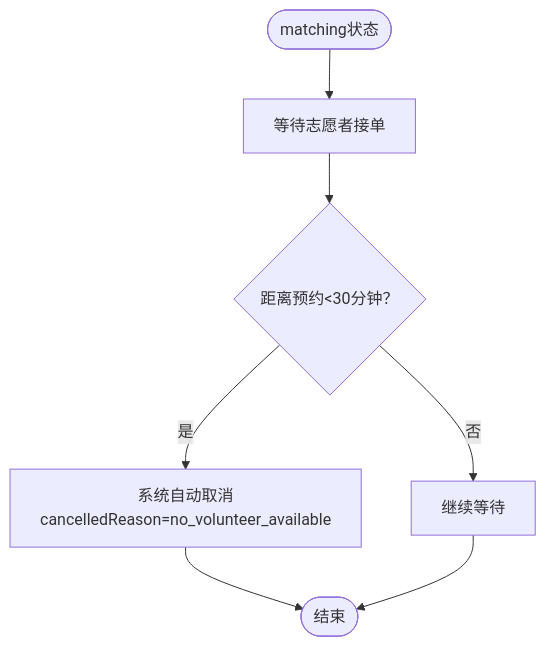
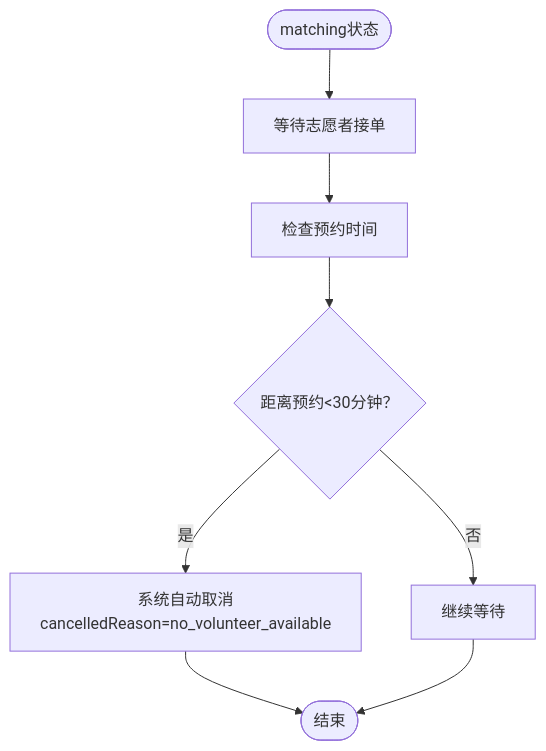
Before and after one commit to Jayden23018/blind-run-ios: the eighth of 11 diagrams in .qoder/repowiki/zh/content/核心功能模块/志愿者功能/接单服务流程.md, drawn with Mermaid. The commit also changed other lines of this file and 15 other files, not shown here.

````diff
--- a/.qoder/repowiki/zh/content/核心功能模块/志愿者功能/接单服务流程.md
+++ b/.qoder/repowiki/zh/content/核心功能模块/志愿者功能/接单服务流程.md
@@ -314,9 +357,10 @@
 ```mermaid
 flowchart TD
 Start(["matching状态"]) --> WaitAccept["等待志愿者接单"]
-WaitAccept --> Timeout{"距离预约<30分钟？"}
+WaitAccept --> CheckTime["检查预约时间"]
+CheckTime --> Timeout{"距离预约<30分钟？"}
 Timeout --> |是| NoVolunteer["系统自动取消<br/>cancelledReason=no_volunteer_available"]
 Timeout --> |否| Continue["继续等待"]
 NoVolunteer --> End(["结束"])
 Continue --> End
 ```
````
